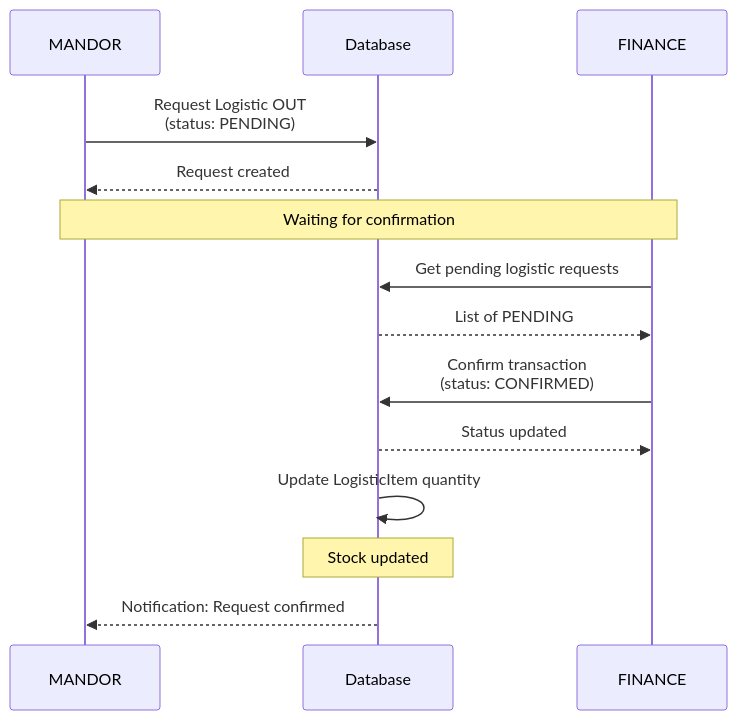
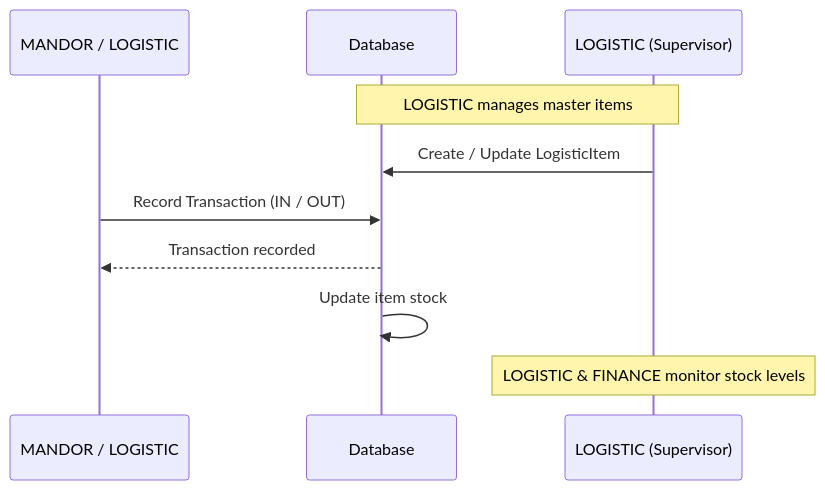
Diagram 11 of 12 in docs/permission-flows.md (HaqqiS/sandaran-internal-system), drawn with Mermaid before and after one commit. The commit also changed other lines of this file and 12 other files, not shown here.

````diff
--- a/docs/permission-flows.md
+++ b/docs/permission-flows.md
@@ -253,22 +270,15 @@
 ```mermaid
 sequenceDiagram
-    participant M as MANDOR
+    participant M as MANDOR / LOGISTIC
     participant DB as Database
-    participant F as FINANCE
+    participant L as LOGISTIC (Supervisor)
 
-    M->>DB: Request Logistic OUT<br/>(status: PENDING)
-    DB-->>M: Request created
+    Note over L,DB: LOGISTIC manages master items
+    L->>DB: Create / Update LogisticItem
 
-    Note over M,F: Waiting for confirmation
+    M->>DB: Record Transaction (IN / OUT)
+    DB-->>M: Transaction recorded
+    DB->>DB: Update item stock
 
-    F->>DB: Get pending logistic requests
-    DB-->>F: List of PENDING
-
-    F->>DB: Confirm transaction<br/>(status: CONFIRMED)
-    DB-->>F: Status updated
-
-    DB->>DB: Update LogisticItem quantity
-    Note over DB: Stock updated
-
-    DB-->>M: Notification: Request confirmed
+    Note over L: LOGISTIC & FINANCE monitor stock levels
 ```
````
